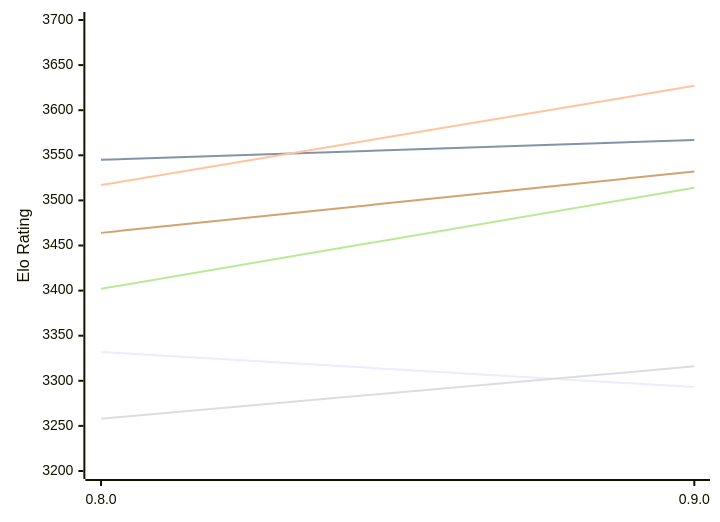
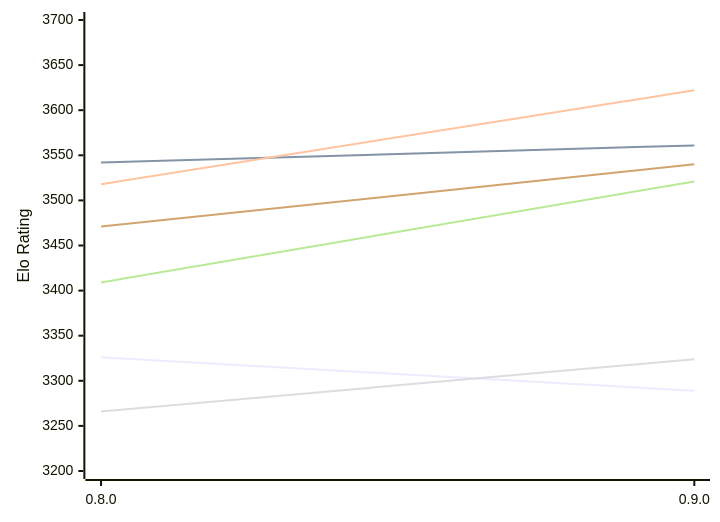
One commit to computer-chess-index/cci changed the first of 2 diagrams in engines/Motor.md. Above: the diagram before and after it, drawn with Mermaid. The commit also changed other lines of this file, not shown here.

Commit message:
Update CCI Ratings (ELO VLTC) - 2026-11-18

````diff
--- a/engines/Motor.md
+++ b/engines/Motor.md
@@ -51,12 +51,12 @@
 ```mermaid
 %%{init: {"theme":"base","themeVariables":{"seriesColors:['#a3a3a3','#222221','#faa371']}}}%%
 xychart-beta
   x-axis ["0.8.0", "0.9.0"]
   y-axis "Elo Rating" 3200 --> 3700
-  line "E1: STC (8.0+0.08s)" [3332, 3293]
-  line "E1: LTC (60.0+0.60s)" [3545, 3567]
-  line "E1: VLTC (2m24s+1.12s)" [3517, 3627]
-  line "P1: STC (8.0+0.08s)" [3258, 3316]
-  line "P1: LTC (60.0+0.60s)" [3402, 3514]
-  line "P1: VLTC (2m24s+1.12s)" [3464, 3532]
+  line "E1: STC (8.0+0.08s)" [3326, 3289]
+  line "E1: LTC (60.0+0.60s)" [3542, 3561]
+  line "E1: VLTC (2m24s+1.12s)" [3518, 3622]
+  line "P1: STC (8.0+0.08s)" [3266, 3324]
+  line "P1: LTC (60.0+0.60s)" [3409, 3521]
+  line "P1: VLTC (2m24s+1.12s)" [3471, 3540]
 ```
````
